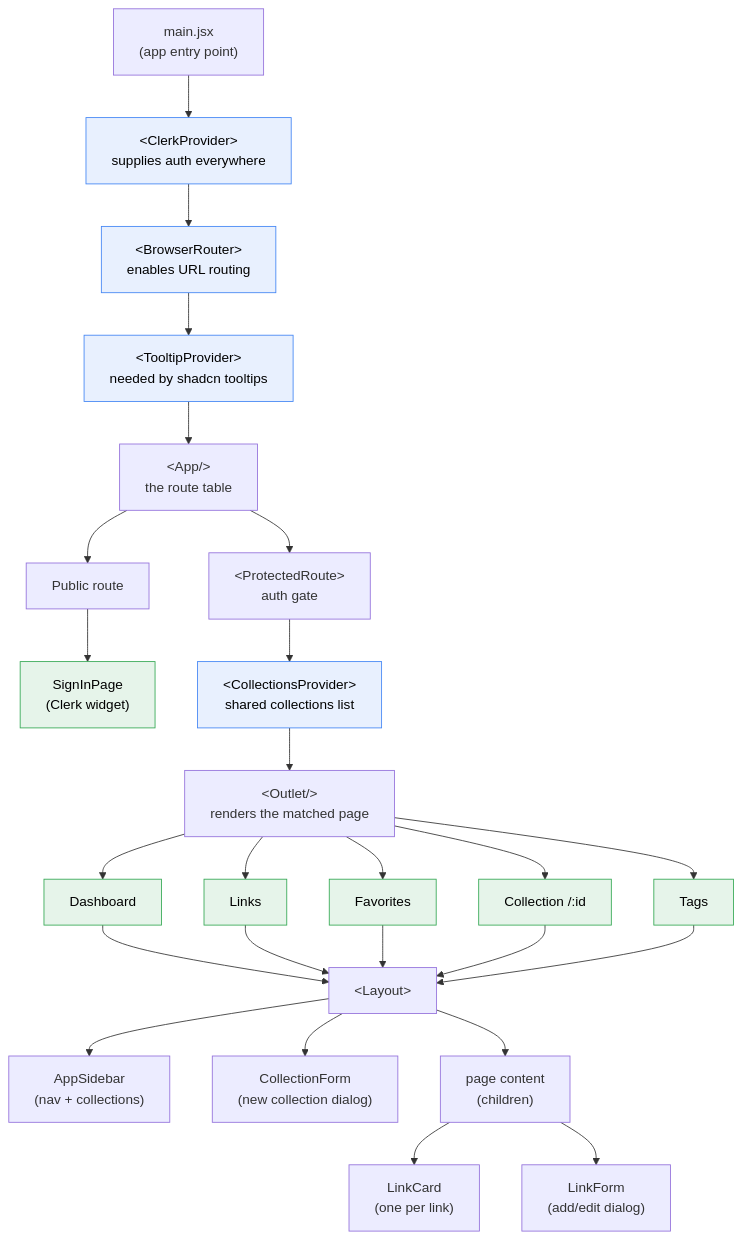
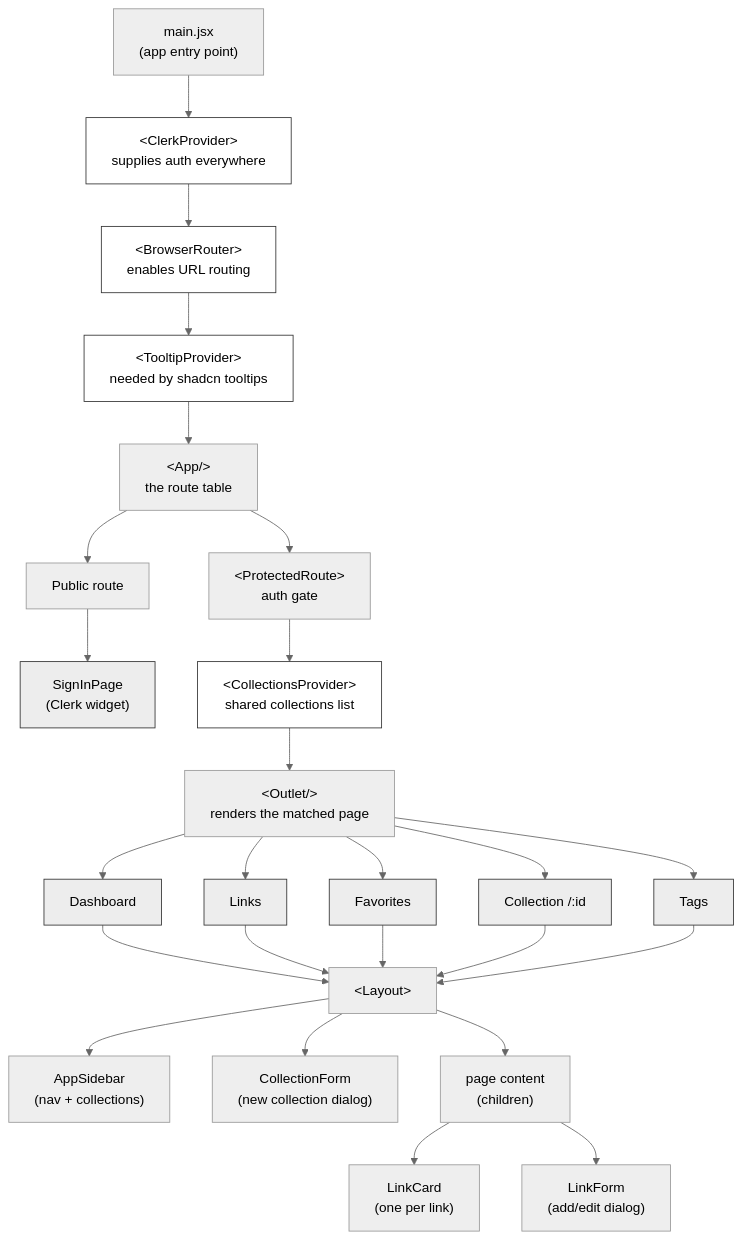
Before and after one commit to n10nce/project: the fourth of 23 diagrams in docs/ARCHITECTURE.md, drawn with Mermaid. The commit also changed other lines of this file and 24 other files, not shown here.

````diff
--- a/docs/ARCHITECTURE.md
+++ b/docs/ARCHITECTURE.md
@@ -177,40 +180,41 @@
 ```mermaid
+%%{init: {'theme':'neutral'}}%%
 flowchart TD
     main["main.jsx<br/>(app entry point)"]
     main --> CP["&lt;ClerkProvider&gt;<br/>supplies auth everywhere"]
     CP --> BR["&lt;BrowserRouter&gt;<br/>enables URL routing"]
     BR --> TP["&lt;TooltipProvider&gt;<br/>needed by shadcn tooltips"]
     TP --> App["&lt;App/&gt;<br/>the route table"]
 
     App --> Pub["Public route"]
     App --> Prot["&lt;ProtectedRoute&gt;<br/>auth gate"]
 
     Pub --> SignIn["SignInPage<br/>(Clerk widget)"]
 
     Prot --> Coll["&lt;CollectionsProvider&gt;<br/>shared collections list"]
     Coll --> Outlet["&lt;Outlet/&gt;<br/>renders the matched page"]
 
     Outlet --> Dash["Dashboard"]
     Outlet --> Links["Links"]
     Outlet --> Fav["Favorites"]
     Outlet --> ColPage["Collection /:id"]
     Outlet --> Tags["Tags"]
 
     Dash --> Layout1["&lt;Layout&gt;"]
     Links --> Layout1
     Fav --> Layout1
     ColPage --> Layout1
     Tags --> Layout1
 
     Layout1 --> Sidebar["AppSidebar<br/>(nav + collections)"]
     Layout1 --> CForm["CollectionForm<br/>(new collection dialog)"]
     Layout1 --> Children["page content<br/>(children)"]
 
     Children --> Card["LinkCard<br/>(one per link)"]
     Children --> LForm["LinkForm<br/>(add/edit dialog)"]
 
-    classDef provider fill:#e8f0fe,stroke:#4285f4,color:#000;
-    classDef page fill:#e6f4ea,stroke:#34a853,color:#000;
+    classDef provider fill:#ffffff,stroke:#333333,color:#000;
+    classDef page fill:#ededed,stroke:#333333,color:#000;
     class CP,BR,TP,Coll provider;
     class Dash,Links,Fav,ColPage,Tags,SignIn page;
 ```
````
